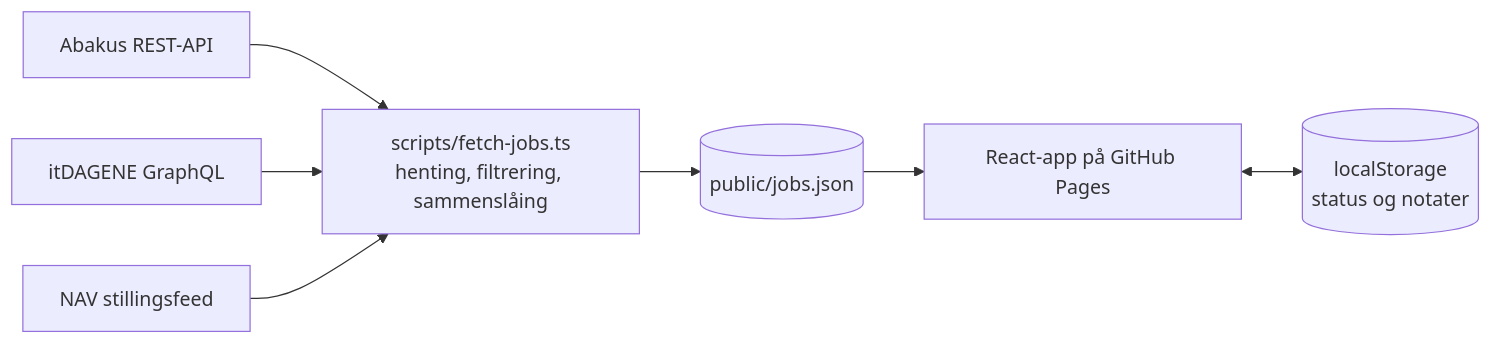
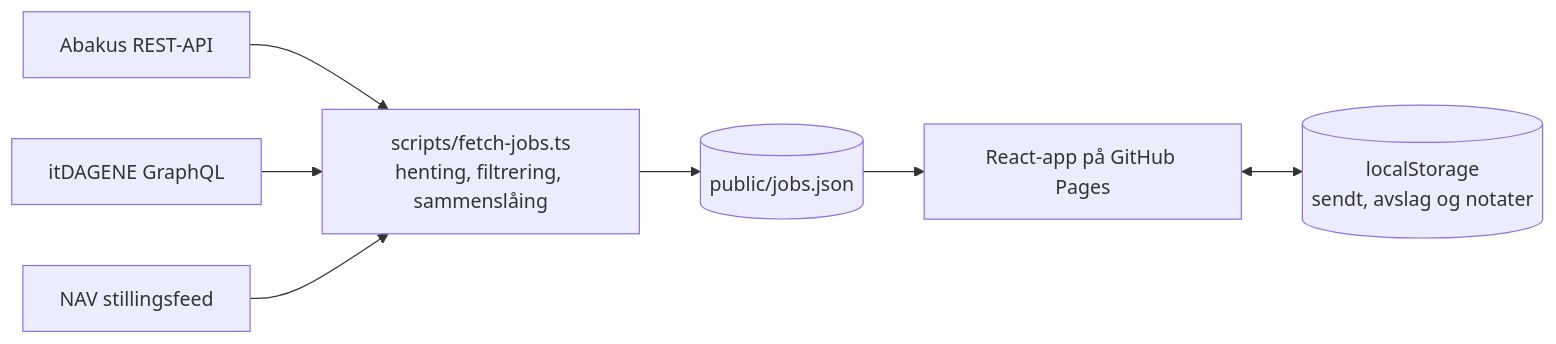
Before and after one commit to leonc67/jobbradar: the diagram in README.md, drawn with Mermaid. The commit also changed other lines of this file and 9 other files, not shown here.

First line of the commit message:
Enklere siden: hake for sendt, kryss for avslag

````diff
--- a/README.md
+++ b/README.md
@@ -20,9 +19,9 @@
 ```mermaid
 flowchart LR
   A[Abakus REST-API] --> F
   I[itDAGENE GraphQL] --> F
   N[NAV stillingsfeed] --> F
   F[scripts/fetch-jobs.ts<br/>henting, filtrering, sammenslåing] --> J[(public/jobs.json)]
   J --> W[React-app på GitHub Pages]
-  W <--> L[(localStorage<br/>status og notater)]
+  W <--> L[(localStorage<br/>sendt, avslag og notater)]
 ```
````
